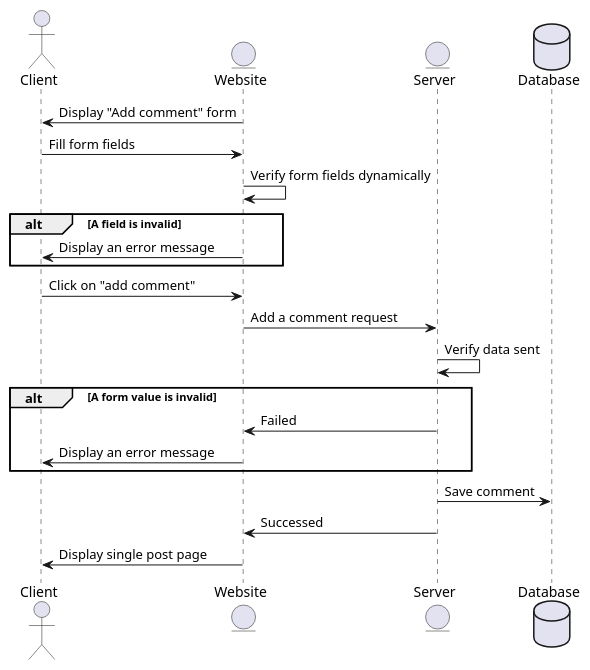
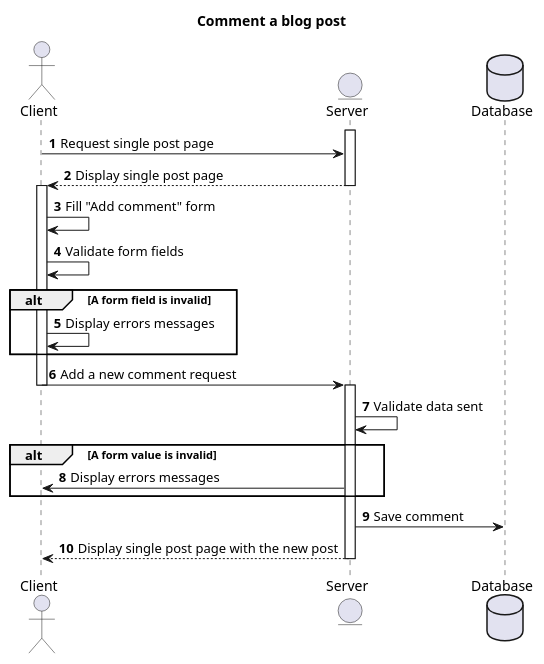
The diagram in docs/puml/sequence/blog/comment_blog_post.puml (acecconato/AnthonyCecconato_5_18102021), drawn with PlantUML before and after one commit. The commit also changed 33 other files, not shown here.

```diff
--- a/docs/puml/sequence/blog/comment_blog_post.puml
+++ b/docs/puml/sequence/blog/comment_blog_post.puml
@@ -1,36 +1,45 @@
 @startuml
 
+title Comment a blog post
+autonumber 
+
 actor Client
-
-entity Website
 entity Server
-
 Database Database
 
-Website -> Client: Display "Add comment" form
-Client -> Website: Fill form fields
+activate Server
 
-Website -> Website: Verify form fields dynamically
+Client -> Server : Request single post page
+Server --> Client : Display single post page 
 
-alt A field is invalid 
-    Website -> Client: Display an error message
+deactivate Server
+
+activate Client
+
+Client -> Client : Fill "Add comment" form
+Client -> Client : Validate form fields
+
+alt A form field is invalid 
+    Client -> Client: Display errors messages
 end
 
-Client -> Website: Click on "add comment"
+Client -> Server : Add a new comment request
 
-Website -> Server: Add a comment request
+deactivate Client
 
-Server -> Server: Verify data sent
+activate Server
+
+Server -> Server : Validate data sent
 
 alt A form value is invalid 
-    Server -> Website: Failed
-    Website -> Client: Display an error message
+    Server -> Client: Display errors messages
 end
+
 
 Server -> Database: Save comment
 
-Server -> Website: Successed
+Server --> Client: Display single post page with the new post
 
-Website -> Client: Display single post page
+deactivate Server
 
 @enduml
```
